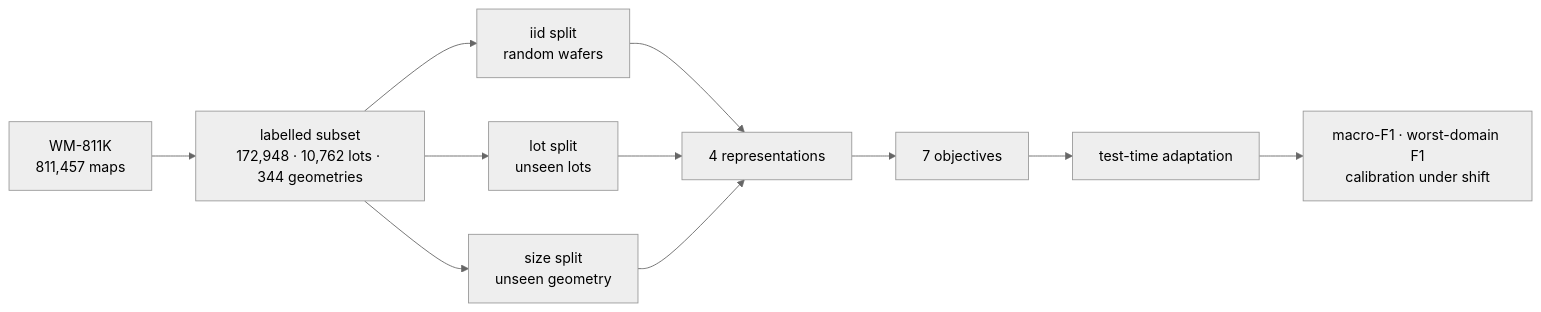
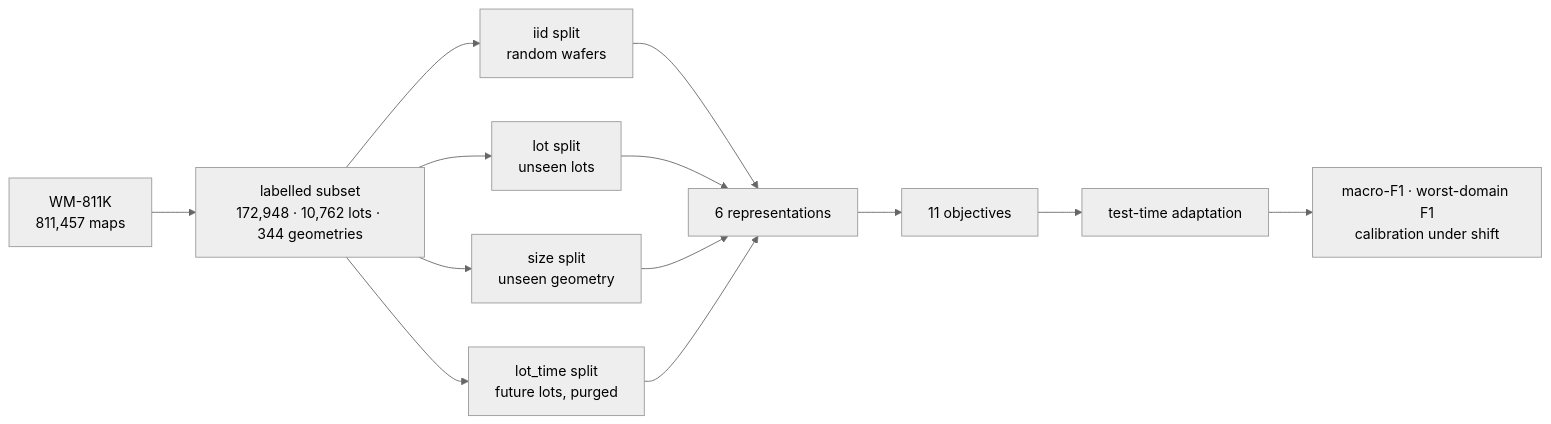
The diagram in README.md (gggg8657/wafer-tool-shift), drawn with Mermaid (neutral theme) before and after one commit. The commit also changed other lines of this file and 12 other files, not shown here.

````diff
--- a/README.md
+++ b/README.md
@@ -18,11 +18,12 @@
 ```mermaid
 flowchart LR
   W["WM-811K<br/>811,457 maps"] --> L["labelled subset<br/>172,948 · 10,762 lots · 344 geometries"]
   L --> P1["iid split<br/>random wafers"]
   L --> P2["lot split<br/>unseen lots"]
   L --> P3["size split<br/>unseen geometry"]
-  P1 & P2 & P3 --> R["4 representations"]
-  R --> O["7 objectives"]
+  L --> P4["lot_time split<br/>future lots, purged"]
+  P1 & P2 & P3 & P4 --> R["6 representations"]
+  R --> O["11 objectives"]
   O --> T["test-time adaptation"]
   T --> M["macro-F1 · worst-domain F1<br/>calibration under shift"]
 ```
````
